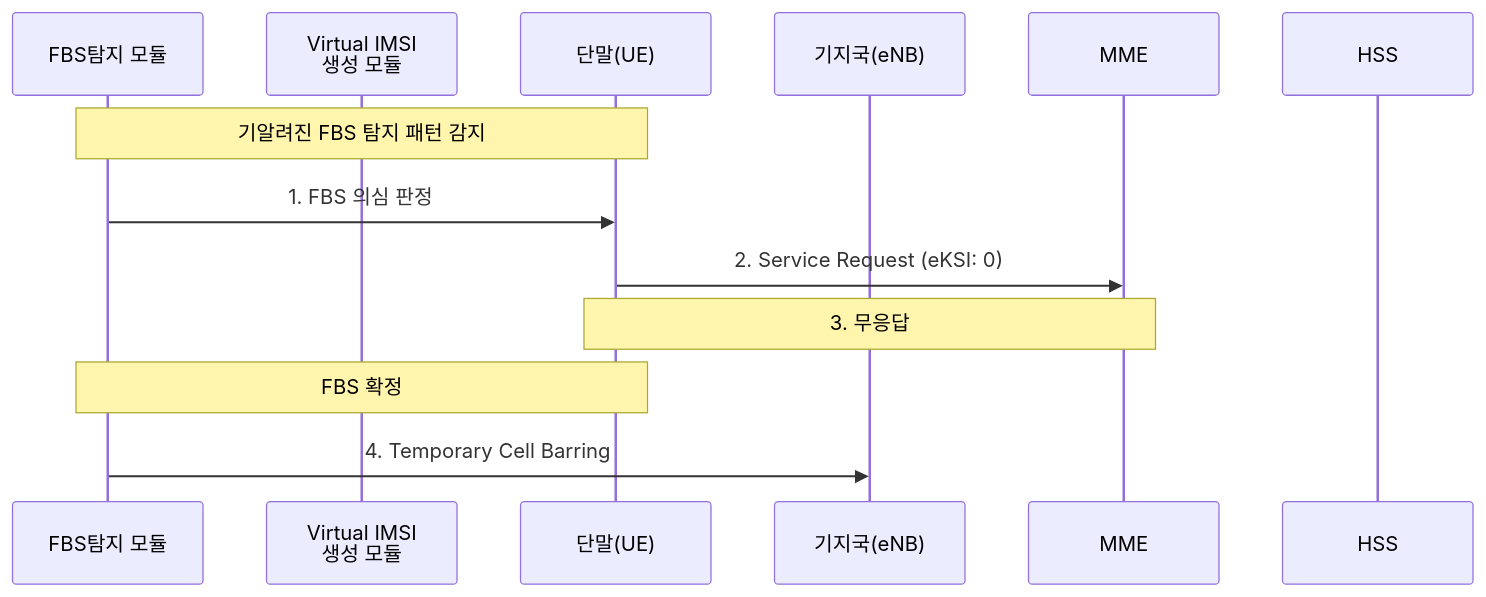
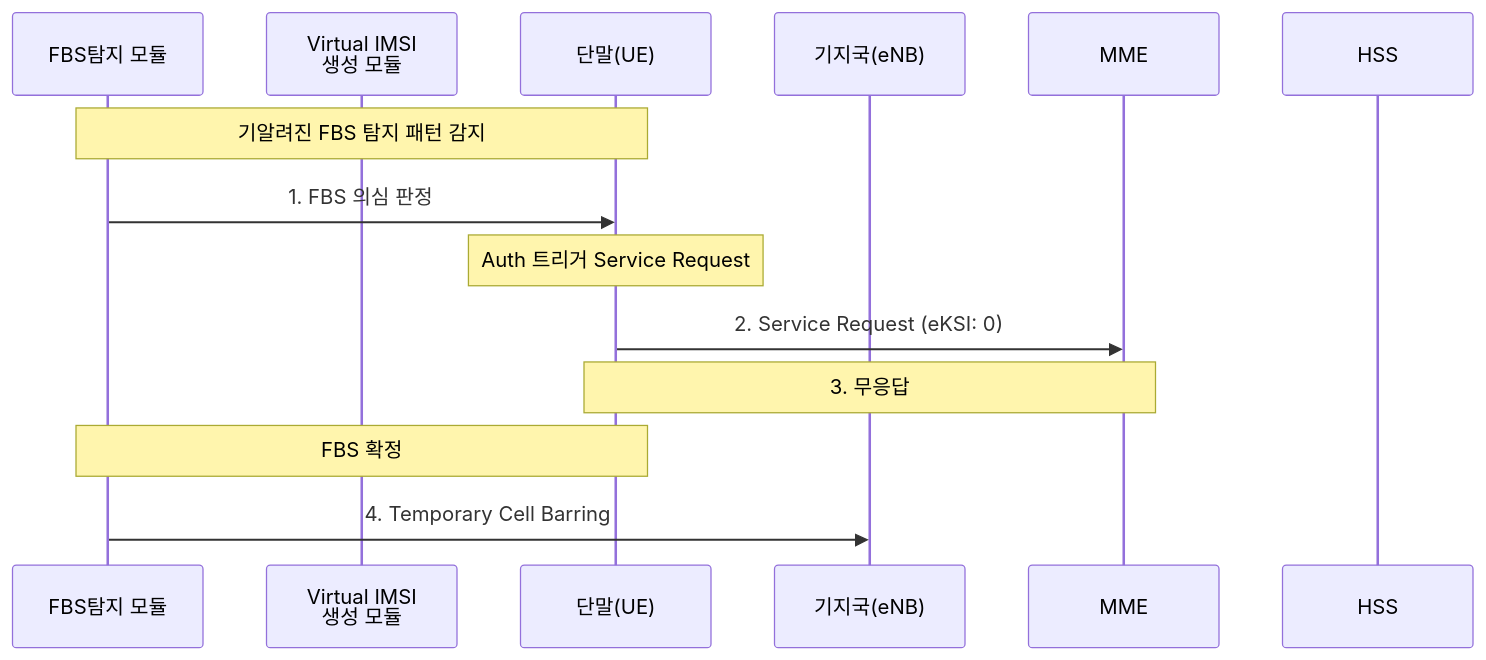
Before and after one commit to brianrobo/new-idea-flow: the second of 3 diagrams in sequence.md, drawn with Mermaid. The commit also changed other lines of this file, not shown here.

````diff
--- a/sequence.md
+++ b/sequence.md
@@ -23,16 +24,17 @@
 ```mermaid
 sequenceDiagram
     participant FBS as FBS탐지 모듈
     participant VIMSI as Virtual IMSI<br/>생성 모듈
     participant UE as 단말(UE)
     participant eNB as 기지국(eNB)
     participant MME as MME
     participant HSS as HSS
 
     Note over FBS,UE: 기알려진 FBS 탐지 패턴 감지
     FBS->>UE: 1. FBS 의심 판정
+    Note over UE: Auth 트리거 Service Request
     UE->>MME: 2. Service Request (eKSI: 0)
     Note over MME,UE: 3. 무응답
     Note over FBS,UE: FBS 확정
     FBS->>eNB: 4. Temporary Cell Barring
 ```
````
